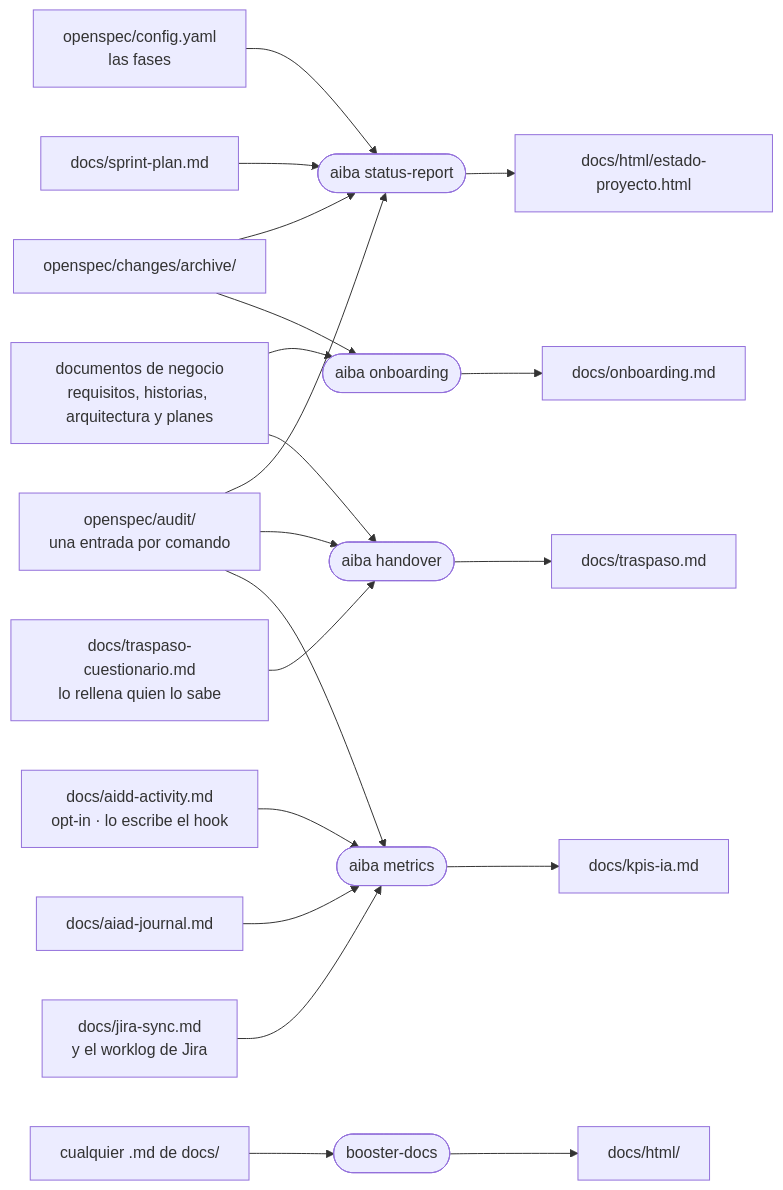
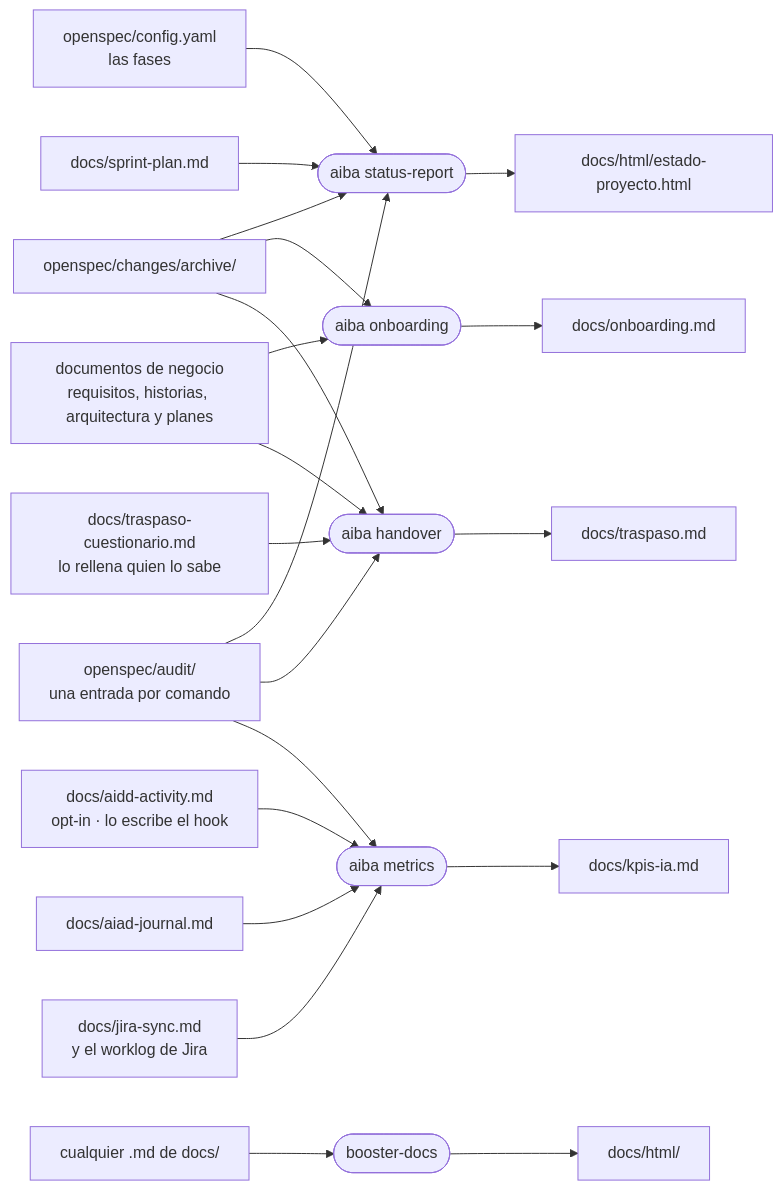
One commit to grananda/aidd-marketplace changed the fifth of 5 diagrams in docs/mapas/artefactos.md. Above: the diagram before and after it, drawn with Mermaid. The commit also changed other lines of this file and 6 other files, not shown here.

````diff
--- a/docs/mapas/artefactos.md
+++ b/docs/mapas/artefactos.md
@@ -117,26 +117,26 @@
 ```mermaid
 flowchart LR
   cfg["openspec/config.yaml<br/>las fases"]
   sp["docs/sprint-plan.md"]
   arch["openspec/changes/archive/"]
   neg["documentos de negocio<br/>requisitos, historias, arquitectura y planes"]
   cu["docs/traspaso-cuestionario.md<br/>lo rellena quien lo sabe"]
   audit["openspec/audit/<br/>una entrada por comando"]
   act["docs/aidd-activity.md<br/>opt-in · lo escribe el hook"]
   jr["docs/aiad-journal.md"]
   js["docs/jira-sync.md<br/>y el worklog de Jira"]
   md["cualquier .md de docs/"]
 
   cfg & sp & arch --> sr(["aiba status-report"])
   audit --> sr
   arch & neg --> ob(["aiba onboarding"])
   neg & cu --> hd(["aiba handover"])
-  audit --> hd
+  arch & audit --> hd
   audit & act & jr & js --> mt(["aiba metrics"])
   md --> bd(["booster-docs"])
   sr --> st["docs/html/estado-proyecto.html"]
   ob --> onb["docs/onboarding.md"]
   hd --> tr["docs/traspaso.md"]
   mt --> kp["docs/kpis-ia.md"]
   bd --> vis["docs/html/"]
 ```
````
